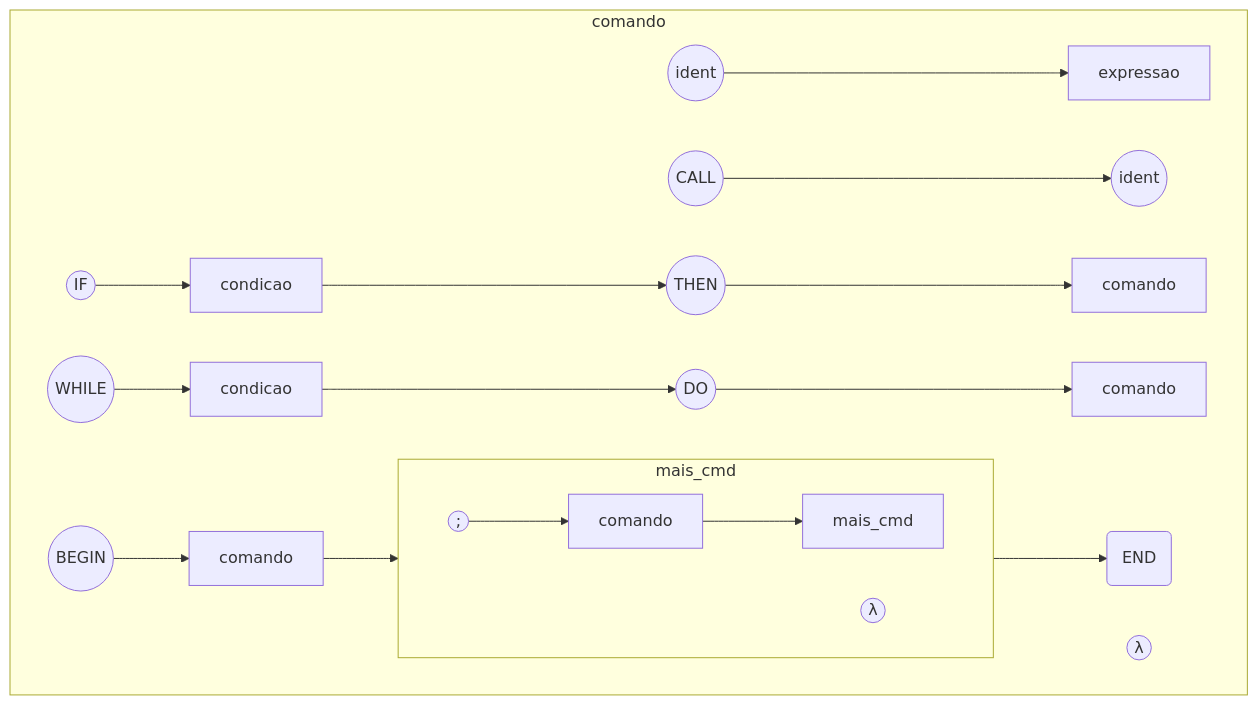
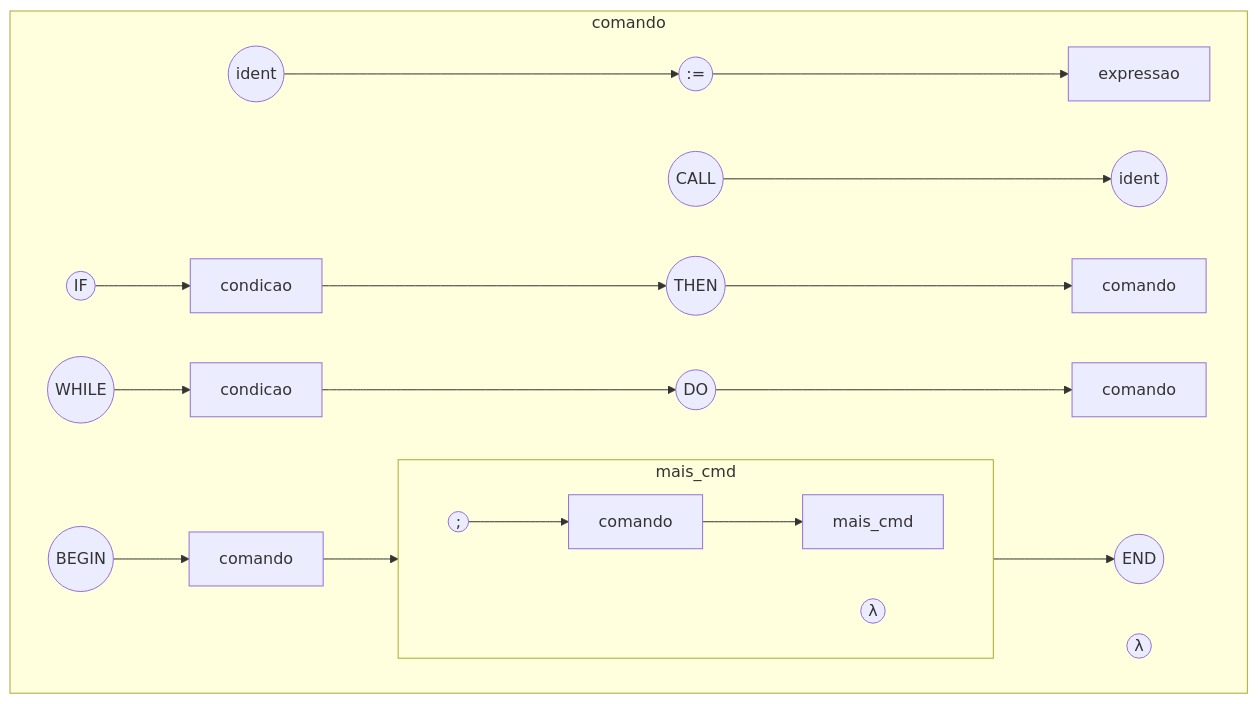
One commit to butterbr4/Compiladores changed the sixth of 10 diagrams in Analisador_sitatico/README.md. Above: the diagram before and after it, drawn with Mermaid. The commit also changed other lines of this file and 9 other files, not shown here.

````diff
--- a/Analisador_sitatico/README.md
+++ b/Analisador_sitatico/README.md
@@ -102,19 +102,19 @@
 ```mermaid
     graph LR;
 
     subgraph comando
         direction LR
-        ident6((ident)) --> expressao
+        ident6((ident)) --> dois_pontos((:=)) --> expressao
         call((CALL)) --> ident7((ident))
-        begin((BEGIN)) --> comando2[comando] --> mais_cmd --> fim(END)
+        begin((BEGIN)) --> comando2[comando] --> mais_cmd --> fim((END))
         se((IF)) --> condicao --> entao((THEN)) --> comando3[comando]
         enquanto((WHILE)) --> condicao2[condicao] --> faca((DO)) --> comando4[comando]
         lambda5(("λ"))
     end
 
     subgraph mais_cmd
         direction LR
         ponto_virg5((;)) --> comando5[comando] --> mais_cmd2[mais_cmd]
         lambda6(("λ"))
     end
 ```
````
